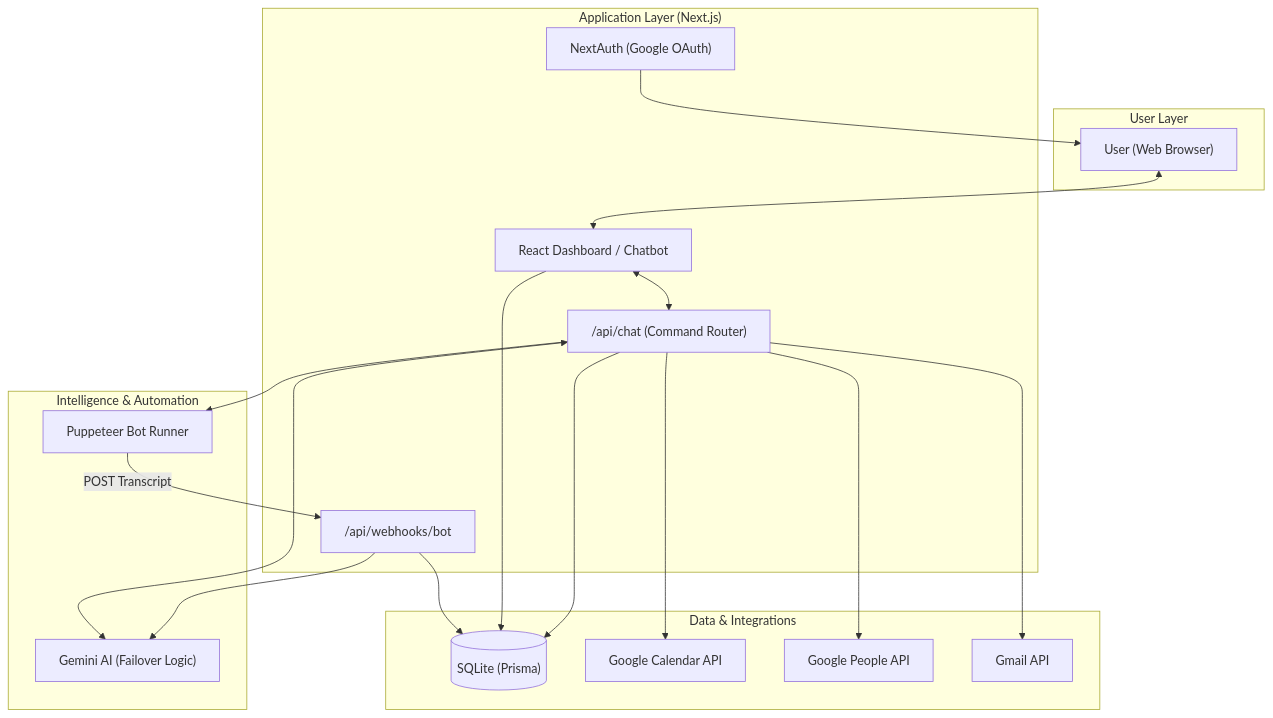
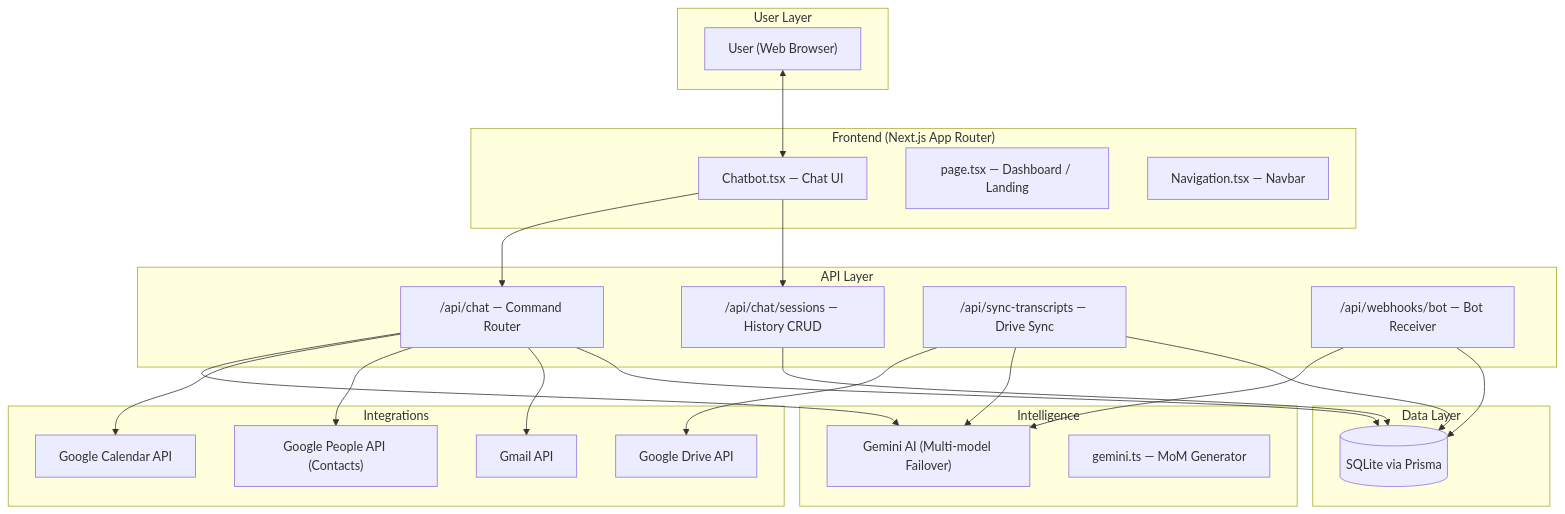
One commit to abhishek2306/vela-meeting-assistant changed the diagram in README.md. Above: the diagram before and after it, drawn with Mermaid. The commit also changed other lines of this file and 2 other files, not shown here.

````diff
--- a/README.md
+++ b/README.md
@@ -26,42 +28,50 @@
 ```mermaid
 graph TD
     subgraph "User Layer"
         User["User (Web Browser)"]
     end
 
-    subgraph "Application Layer (Next.js)"
-        UI["React Dashboard / Chatbot"]
-        Auth["NextAuth (Google OAuth)"]
-        ChatAPI["/api/chat (Command Router)"]
-        Webhook["/api/webhooks/bot"]
+    subgraph "Frontend (Next.js App Router)"
+        UI["Chatbot.tsx — Chat UI"]
+        Landing["page.tsx — Dashboard / Landing"]
+        Nav["Navigation.tsx — Navbar"]
     end
 
-    subgraph "Intelligence & Automation"
-        Gemini["Gemini AI (Failover Logic)"]
-        BotRunner["Puppeteer Bot Runner"]
+    subgraph "API Layer"
+        ChatAPI["/api/chat — Command Router"]
+        SessionsAPI["/api/chat/sessions — History CRUD"]
+        SyncAPI["/api/sync-transcripts — Drive Sync"]
+        Webhook["/api/webhooks/bot — Bot Receiver"]
     end
 
-    subgraph "Data & Integrations"
-        DB[("SQLite (Prisma)")]
-        GCal["Google Calendar API"]
-        GPeople["Google People API"]
-        GGmail["Gmail API"]
+    subgraph "Intelligence"
+        Gemini["Gemini AI (Multi-model Failover)"]
+        MoMGen["gemini.ts — MoM Generator"]
     end
 
-    %% Flow connections
+    subgraph "Integrations"
+        GCal["Google Calendar API"]
+        GPeople["Google People API (Contacts)"]
+        GGmail["Gmail API"]
+        GDrive["Google Drive API"]
+    end
+
+    subgraph "Data Layer"
+        DB[("SQLite via Prisma")]
+    end
+
     User <--> UI
-    UI <--> ChatAPI
-    ChatAPI <--> Gemini
+    UI --> ChatAPI
+    UI --> SessionsAPI
+    ChatAPI --> Gemini
     ChatAPI --> GCal
     ChatAPI --> GPeople
     ChatAPI --> GGmail
-    ChatAPI --> BotRunner
-    
-    BotRunner -- "POST Transcript" --> Webhook
+    SyncAPI --> GDrive
+    SyncAPI --> Gemini
+    SyncAPI --> DB
     Webhook --> Gemini
     Webhook --> DB
-    
-    UI --> DB
+    SessionsAPI --> DB
     ChatAPI --> DB
-    Auth --> User
 ```
````
